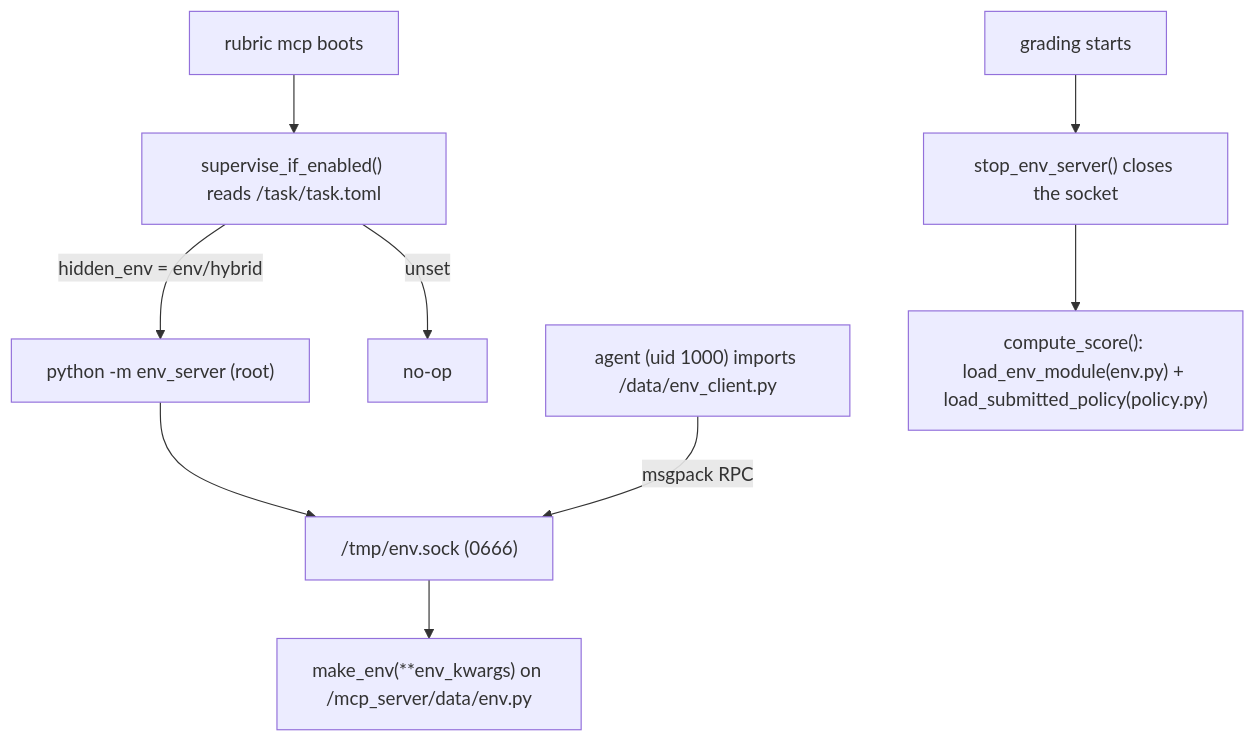
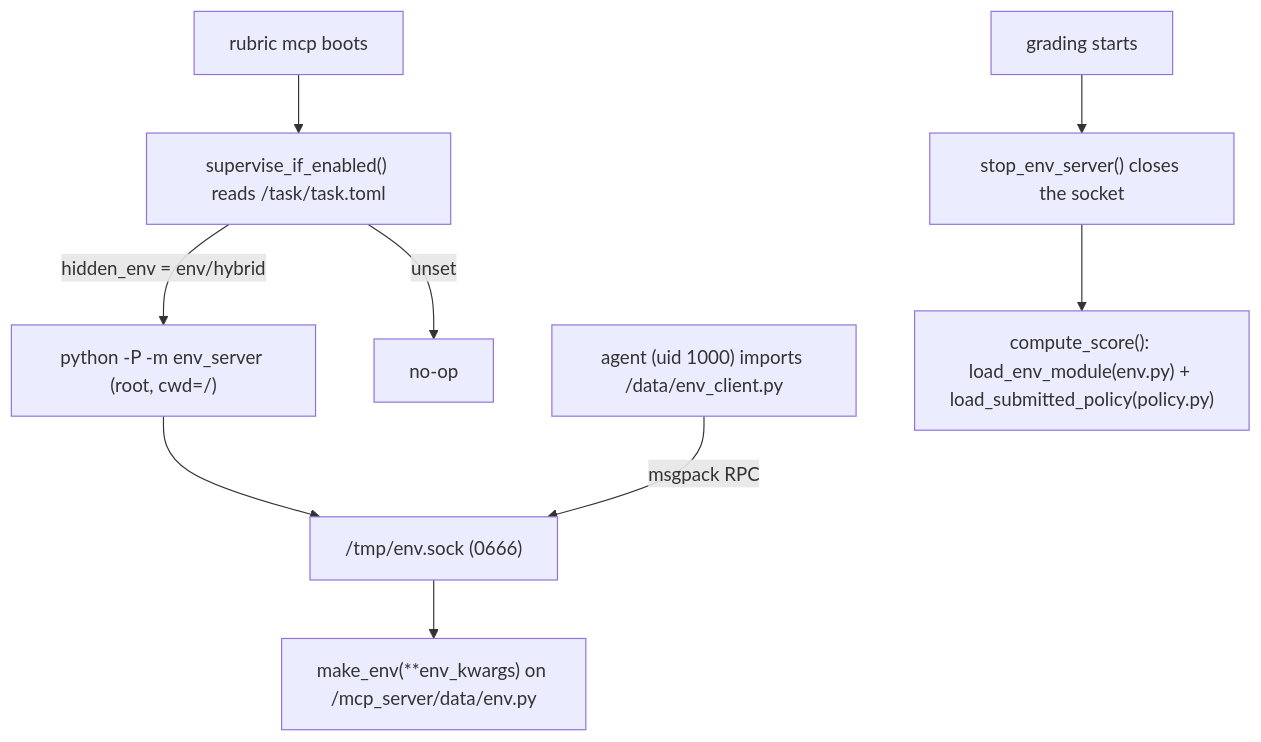
The diagram in docs/HIDDEN_ENV.md (emmanuel1358/diffuser-separation-control), drawn with Mermaid before and after one commit. The commit also changed other lines of this file and 47 other files, not shown here.

````diff
--- a/docs/HIDDEN_ENV.md
+++ b/docs/HIDDEN_ENV.md
@@ -43,11 +43,11 @@
 ```mermaid
 flowchart TD
   boot["rubric mcp boots"] --> sup["supervise_if_enabled() reads /task/task.toml"]
-  sup -->|"hidden_env = env/hybrid"| spawn["python -m env_server (root)"]
+  sup -->|"hidden_env = env/hybrid"| spawn["python -P -m env_server (root, cwd=/)"]
   sup -->|"unset"| off["no-op"]
   spawn --> sock["/tmp/env.sock (0666)"]
   agent["agent (uid 1000) imports /data/env_client.py"] -->|"msgpack RPC"| sock
   sock --> mk["make_env(**env_kwargs) on /mcp_server/data/env.py"]
   grade["grading starts"] --> stop["stop_env_server() closes the socket"]
   stop --> score["compute_score(): load_env_module(env.py) + load_submitted_policy(policy.py)"]
 ```
````
